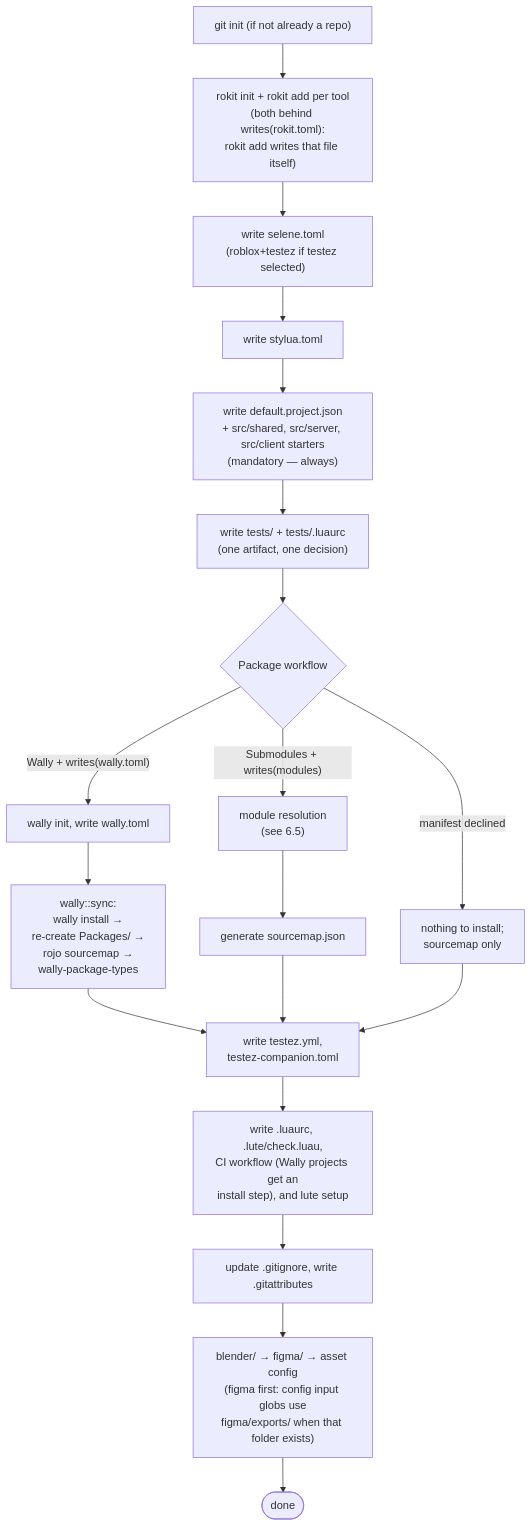
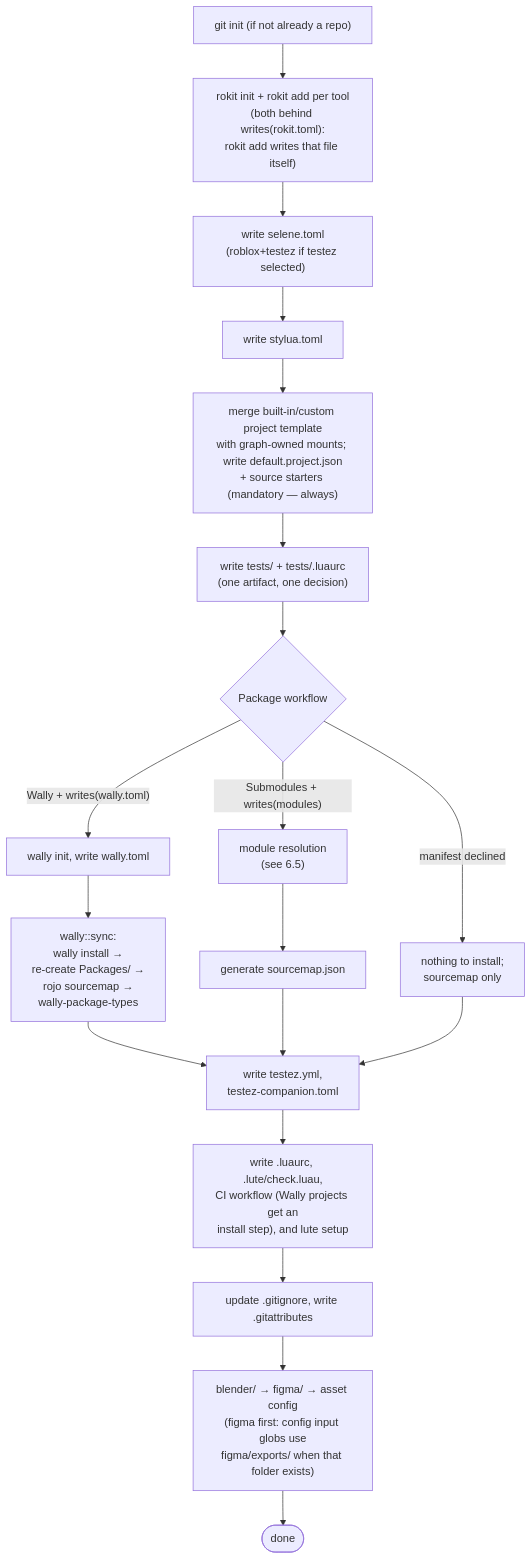
One commit to chatarabdelilah/rproj changed the fourth of 7 diagrams in docs/architecture.md. Above: the diagram before and after it, drawn with Mermaid. The commit also changed other lines of this file and 14 other files, not shown here.

````diff
--- a/docs/architecture.md
+++ b/docs/architecture.md
@@ -566,25 +577,25 @@
 ```mermaid
 flowchart TD
     A["git init (if not already a repo)"] --> B["rokit init + rokit add per tool\n(both behind writes(rokit.toml):\nrokit add writes that file itself)"]
     B --> C["write selene.toml\n(roblox+testez if testez selected)"]
     C --> D[write stylua.toml]
-    D --> E["write default.project.json\n+ src/shared, src/server, src/client starters\n(mandatory — always)"]
+    D --> E["merge built-in/custom project template\nwith graph-owned mounts; write default.project.json\n+ source starters (mandatory — always)"]
     E --> TF["write tests/ + tests/.luaurc\n(one artifact, one decision)"]
     TF --> F{Package workflow}
     F -- "Wally + writes(wally.toml)" --> G["wally init, write wally.toml"]
     G --> H["wally::sync:\nwally install →\nre-create Packages/ →\nrojo sourcemap →\nwally-package-types"]
     F -- "Submodules + writes(modules)" --> I["module resolution\n(see 6.5)"]
     I --> J["generate sourcemap.json"]
     F -- "manifest declined" --> K["nothing to install;\nsourcemap only"]
     H --> TW
     J --> TW
     K --> TW["write testez.yml,\ntestez-companion.toml"]
     TW --> QG["write .luaurc, .lute/check.luau,
 CI workflow (Wally projects get an
 install step), and lute setup"]
     QG --> O["update .gitignore, write .gitattributes"]
     O --> Q["blender/ → figma/ → asset config
 (figma first: config input globs use
 figma/exports/ when that folder exists)"]
     Q --> R(["done"])
 ```
````
